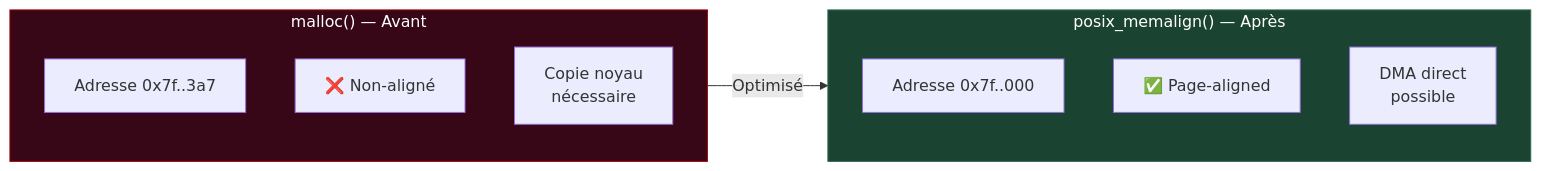
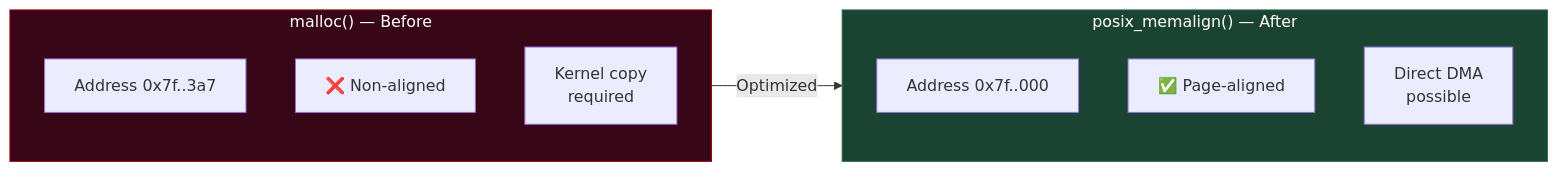
The tenth of 11 diagrams in OPTIMIZATIONS-F4TNK.md (f4tnk/airspyone_host), drawn with Mermaid before and after one commit. The commit also changed other lines of this file, not shown here.

````diff
--- a/OPTIMIZATIONS-F4TNK.md
+++ b/OPTIMIZATIONS-F4TNK.md
@@ -515,19 +515,19 @@
 ```mermaid
 flowchart LR
-    subgraph malloc["malloc() — Avant"]
-        M1["Adresse 0x7f..3a7"]
-        M2["❌ Non-aligné"]
-        M3["Copie noyau\nnécessaire"]
+    subgraph malloc["malloc() — Before"]
+        M1["Address 0x7f..3a7"]
+        M2["❌ Non-aligned"]
+        M3["Kernel copy<br/>required"]
     end
 
-    subgraph posix["posix_memalign() — Après"]
-        P1["Adresse 0x7f..000"]
+    subgraph posix["posix_memalign() — After"]
+        P1["Address 0x7f..000"]
         P2["✅ Page-aligned"]
-        P3["DMA direct\npossible"]
+        P3["Direct DMA<br/>possible"]
     end
 
-    malloc -->|"Optimisé"| posix
+    malloc -->|"Optimized"| posix
 
     style malloc fill:#370617,stroke:#9d0208,color:#fff
     style posix fill:#1b4332,stroke:#2d6a4f,color:#fff
 ```
````
